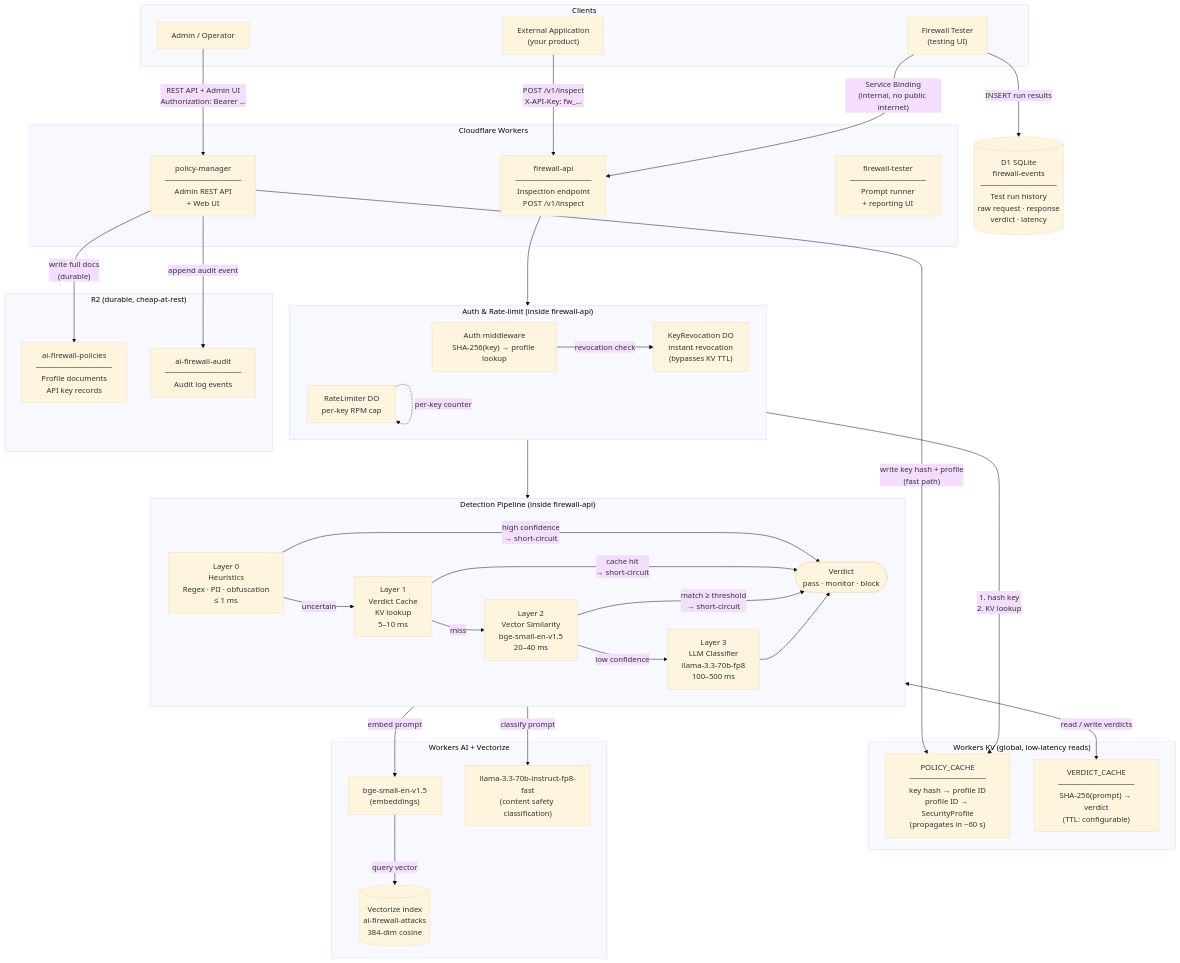
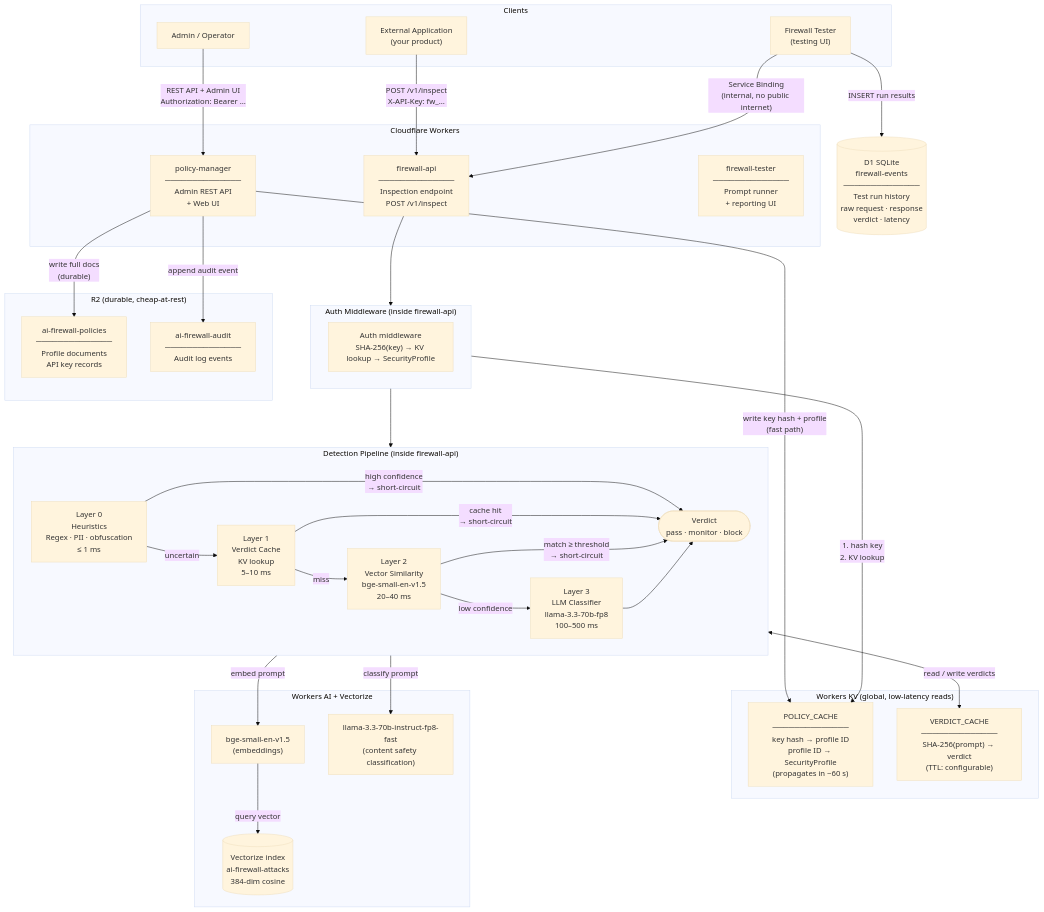
One commit to ashishmgupta/cloudflare-ai-firewall changed the diagram in docs/architecture.md. Above: the diagram before and after it, drawn with Mermaid (base theme). The commit also changed other lines of this file and 29 other files, not shown here.

```diff
--- a/docs/architecture.md
+++ b/docs/architecture.md
@@ -36,11 +36,9 @@
     end
 
     %% ── Middleware (firewall-api) ─────────────────────────────────────────────
-    subgraph middleware["Auth & Rate-limit  (inside firewall-api)"]
+    subgraph middleware["Auth Middleware  (inside firewall-api)"]
         direction LR
-        auth["Auth middleware\nSHA-256(key) → profile lookup"]
-        rl["RateLimiter DO\nper-key RPM cap"]
-        kr["KeyRevocation DO\ninstant revocation\n(bypasses KV TTL)"]
+        auth["Auth middleware\nSHA-256(key) → KV lookup → SecurityProfile"]
     end
 
     %% ── KV Namespaces ────────────────────────────────────────────────────────
@@ -76,8 +74,6 @@
     middleware --> pipeline
 
     auth -->|"1. hash key\n2. KV lookup"| kv_policy
-    auth -->|"revocation check"| kr
-    rl -.->|"per-key counter"| rl
 
     l1 <-->|"read / write verdicts"| kv_verdict
     l2 -->|"embed prompt"| emb
```
